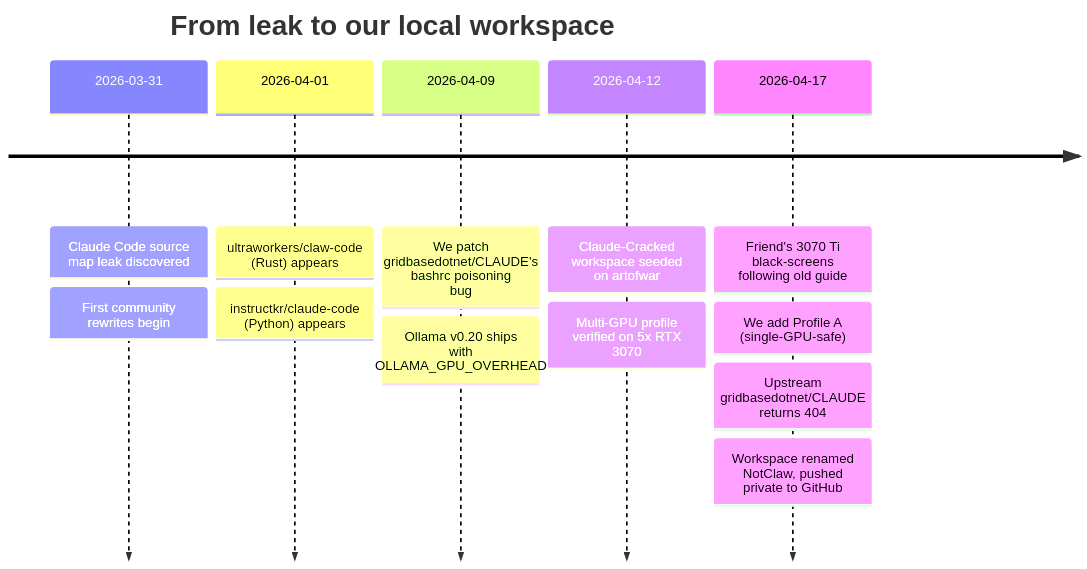
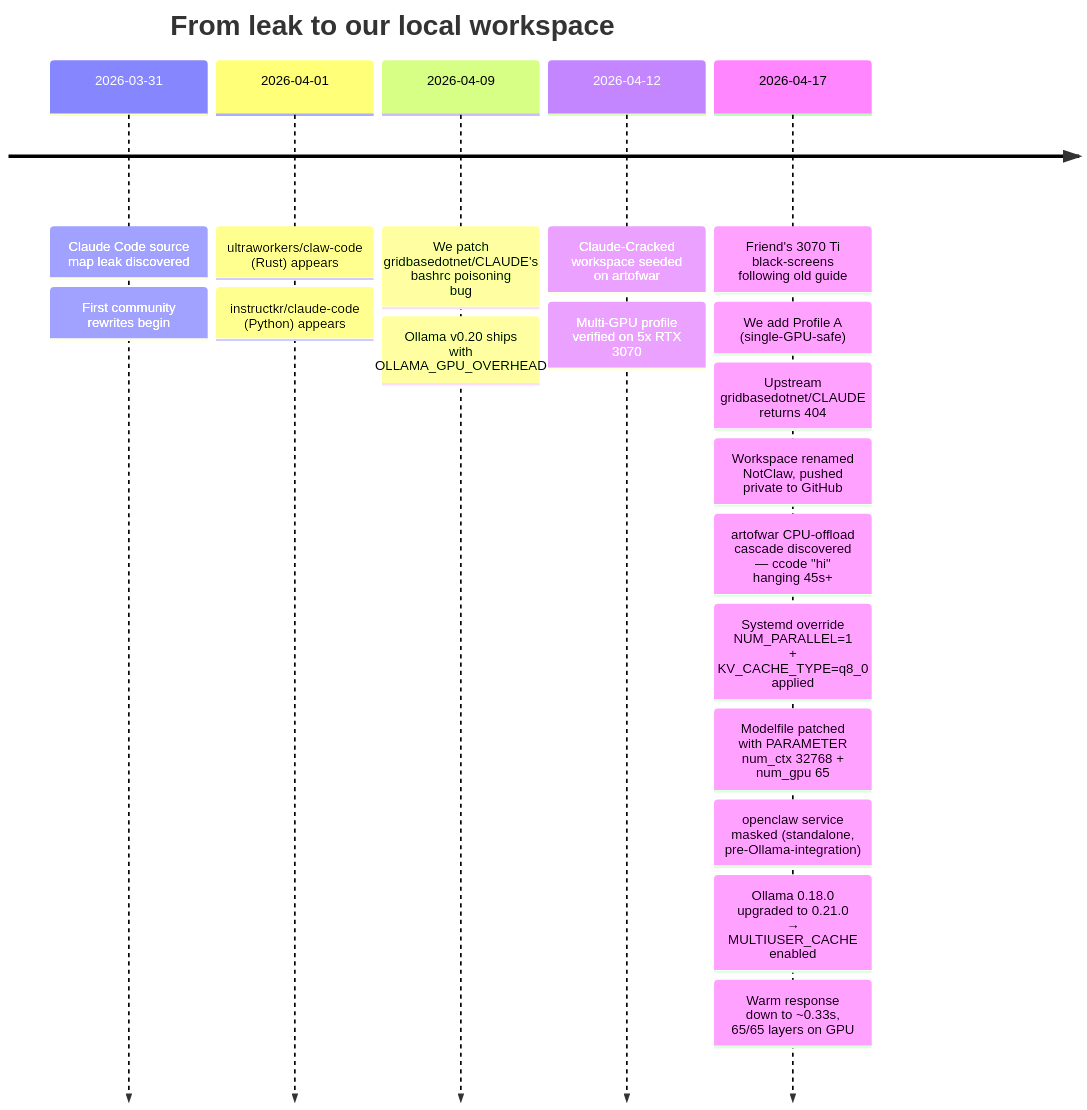
One commit to Ringmast4r/NotClaw changed the first of 18 diagrams in README.md. Above: the diagram before and after it, drawn with Mermaid. The commit also changed other lines of this file, not shown here.

First line of the commit message:
docs: add Growing Pains Log — full 2026-04-17 artofwar incident write-up

````diff
--- a/README.md
+++ b/README.md
@@ -93,16 +94,22 @@
 ```mermaid
 timeline
     title From leak to our local workspace
     2026-03-31 : Claude Code source map leak discovered
                : First community rewrites begin
     2026-04-01 : ultraworkers/claw-code (Rust) appears
                : instructkr/claude-code (Python) appears
     2026-04-09 : We patch gridbasedotnet/CLAUDE's bashrc poisoning bug
                : Ollama v0.20 ships with OLLAMA_GPU_OVERHEAD
     2026-04-12 : Claude-Cracked workspace seeded on artofwar
                : Multi-GPU profile verified on 5x RTX 3070
     2026-04-17 : Friend's 3070 Ti black-screens following old guide
                : We add Profile A (single-GPU-safe)
                : Upstream gridbasedotnet/CLAUDE returns 404
                : Workspace renamed NotClaw, pushed private to GitHub
+               : artofwar CPU-offload cascade discovered — ccode "hi" hanging 45s+
+               : Systemd override NUM_PARALLEL=1 + KV_CACHE_TYPE=q8_0 applied
+               : Modelfile patched with PARAMETER num_ctx 32768 + num_gpu 65
+               : openclaw service masked (standalone, pre-Ollama-integration)
+               : Ollama 0.18.0 upgraded to 0.21.0 → MULTIUSER_CACHE enabled
+               : Warm response down to ~0.33s, 65/65 layers on GPU
 ```
````
